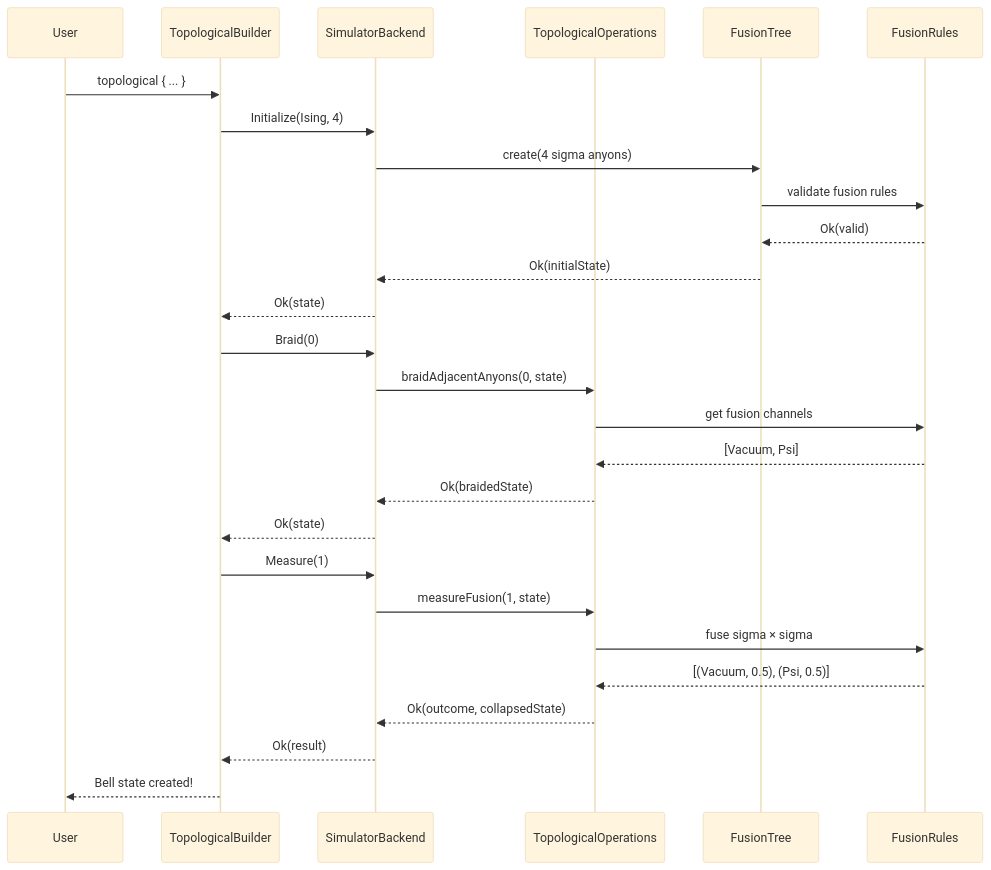
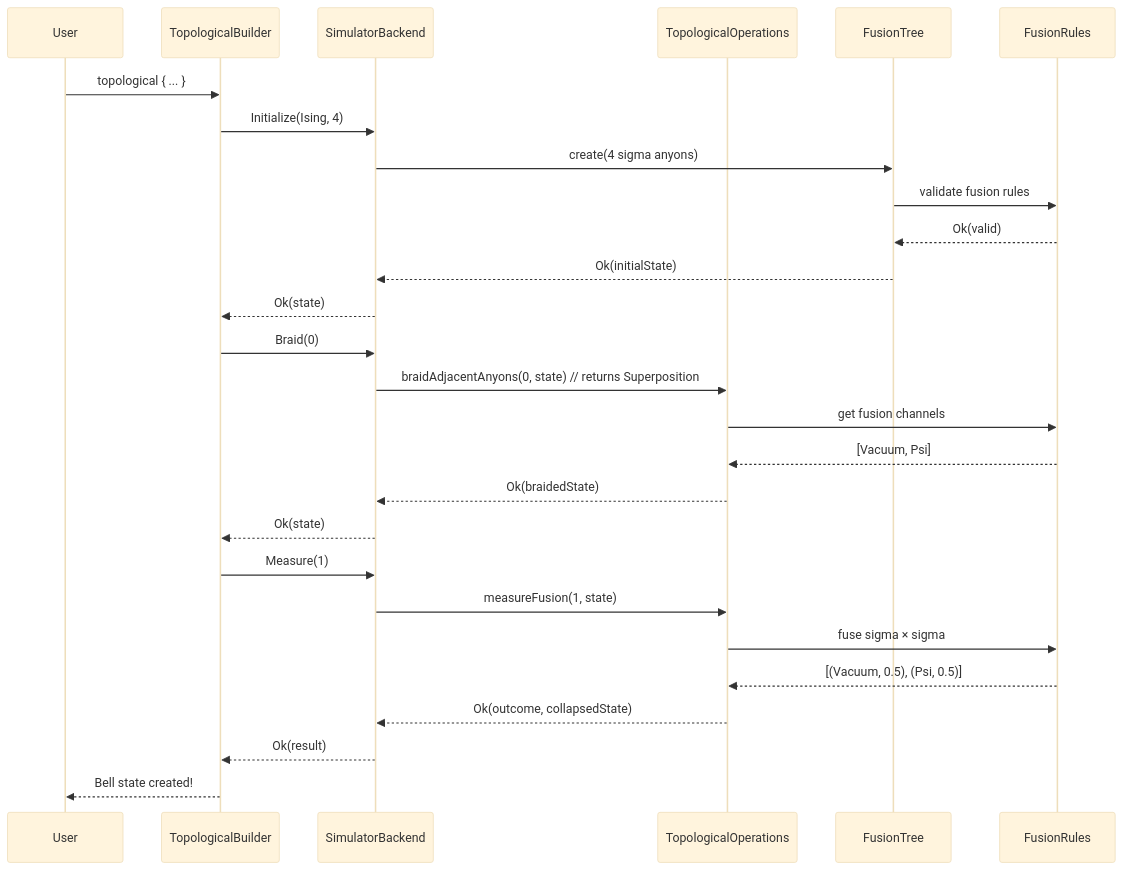
The second of 2 diagrams in src/FSharp.Azure.Quantum.Topological/README.md (Thorium/FSharp.Azure.Quantum), drawn with Mermaid (base theme) before and after one commit. The commit also changed 30 other files, not shown here.

````diff
--- a/src/FSharp.Azure.Quantum.Topological/README.md
+++ b/src/FSharp.Azure.Quantum.Topological/README.md
@@ -170,32 +170,32 @@
 ```mermaid
 sequenceDiagram
     participant User
     participant Builder as TopologicalBuilder
     participant Backend as SimulatorBackend
     participant Operations as TopologicalOperations
     participant FusionTree
     participant Fusion as FusionRules
     
     User->>Builder: topological { ... }
     Builder->>Backend: Initialize(Ising, 4)
     Backend->>FusionTree: create(4 sigma anyons)
     FusionTree->>Fusion: validate fusion rules
     Fusion-->>FusionTree: Ok(valid)
     FusionTree-->>Backend: Ok(initialState)
     Backend-->>Builder: Ok(state)
     
     Builder->>Backend: Braid(0)
-    Backend->>Operations: braidAdjacentAnyons(0, state)
+    Backend->>Operations: braidAdjacentAnyons(0, state)  // returns Superposition
     Operations->>Fusion: get fusion channels
     Fusion-->>Operations: [Vacuum, Psi]
     Operations-->>Backend: Ok(braidedState)
     Backend-->>Builder: Ok(state)
     
     Builder->>Backend: Measure(1)
     Backend->>Operations: measureFusion(1, state)
     Operations->>Fusion: fuse sigma × sigma
     Fusion-->>Operations: [(Vacuum, 0.5), (Psi, 0.5)]
     Operations-->>Backend: Ok(outcome, collapsedState)
     Backend-->>Builder: Ok(result)
     Builder-->>User: Bell state created!
 ```
````
